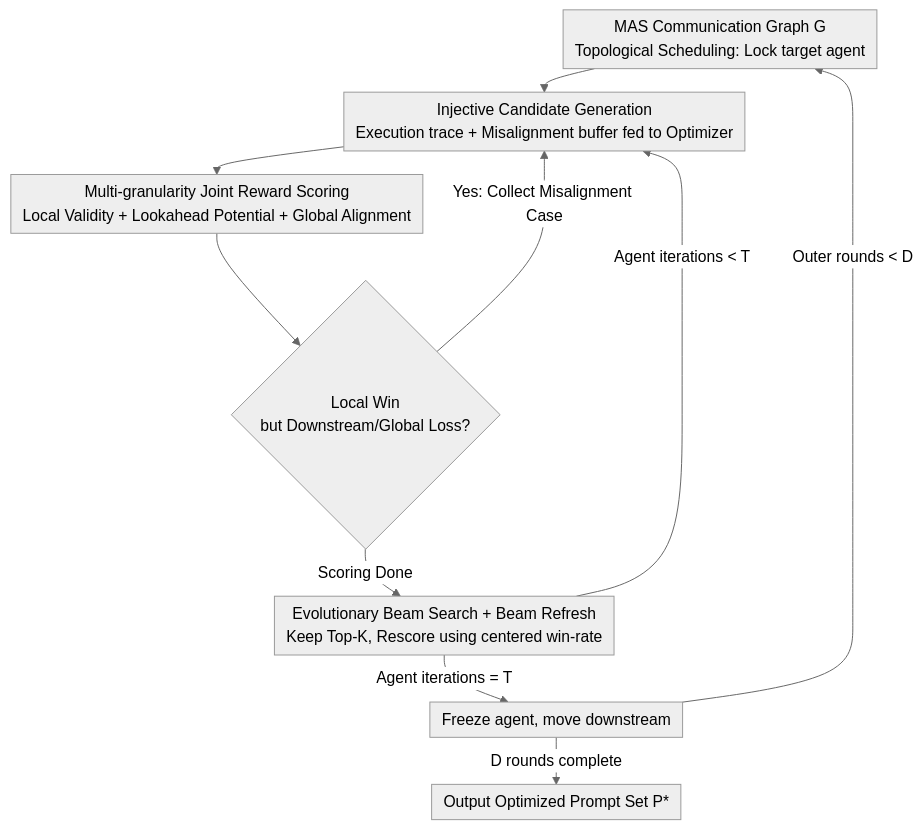
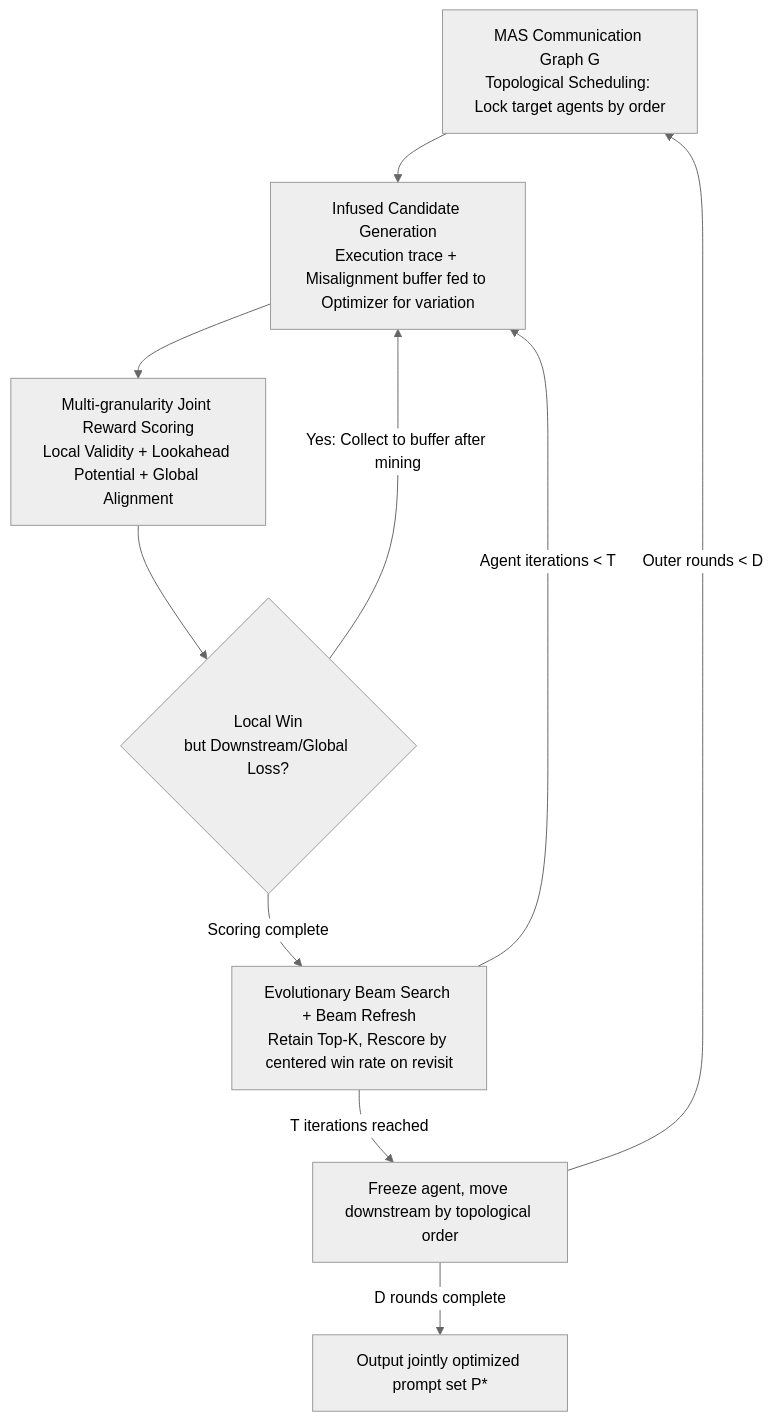
The diagram in docs/ICML2026/multi_agent/maspo_joint_prompt_optimization_for_llm-based_multi-agent_systems.md (zhaoyang97/Paper-Notes-en), drawn with Mermaid (neutral theme) before and after one commit. The commit also changed other lines of this file and 5084 other files, not shown here.

````diff
--- a/docs/ICML2026/multi_agent/maspo_joint_prompt_optimization_for_llm-based_multi-agent_systems.md
+++ b/docs/ICML2026/multi_agent/maspo_joint_prompt_optimization_for_llm-based_multi-agent_systems.md
@@ -42,13 +42,12 @@
 ```mermaid
-%%{init: {'flowchart': {'rankSpacing': 24, 'nodeSpacing': 28, 'padding': 6, 'wrappingWidth': 400}}}%%
-flowchart TD
-    A["MAS Communication Graph G<br/>Topological Scheduling: Lock target agent"] --> B["Injective Candidate Generation<br/>Execution trace + Misalignment buffer fed to Optimizer"]
+graph TD
+    A["MAS Communication Graph G<br/>Topological Scheduling: Lock target agents by order"] --> B["Infused Candidate Generation<br/>Execution trace + Misalignment buffer fed to Optimizer for variation"]
     B --> C["Multi-granularity Joint Reward Scoring<br/>Local Validity + Lookahead Potential + Global Alignment"]
     C --> D{"Local Win<br/>but Downstream/Global Loss?"}
-    D -->|Yes: Collect Misalignment Case| B
-    D -->|Scoring Done| E["Evolutionary Beam Search + Beam Refresh<br/>Keep Top-K, Rescore using centered win-rate"]
+    D -->|Yes: Collect to buffer after mining| B
+    D -->|Scoring complete| E["Evolutionary Beam Search + Beam Refresh<br/>Retain Top-K, Rescore by centered win rate on revisit"]
     E -->|Agent iterations < T| B
-    E -->|Agent iterations = T| F["Freeze agent, move downstream"]
+    E -->|T iterations reached| F["Freeze agent, move downstream by topological order"]
     F -->|Outer rounds < D| A
-    F -->|D rounds complete| G["Output Optimized Prompt Set P*"]
+    F -->|D rounds complete| G["Output jointly optimized prompt set P*"]
 ```
````
